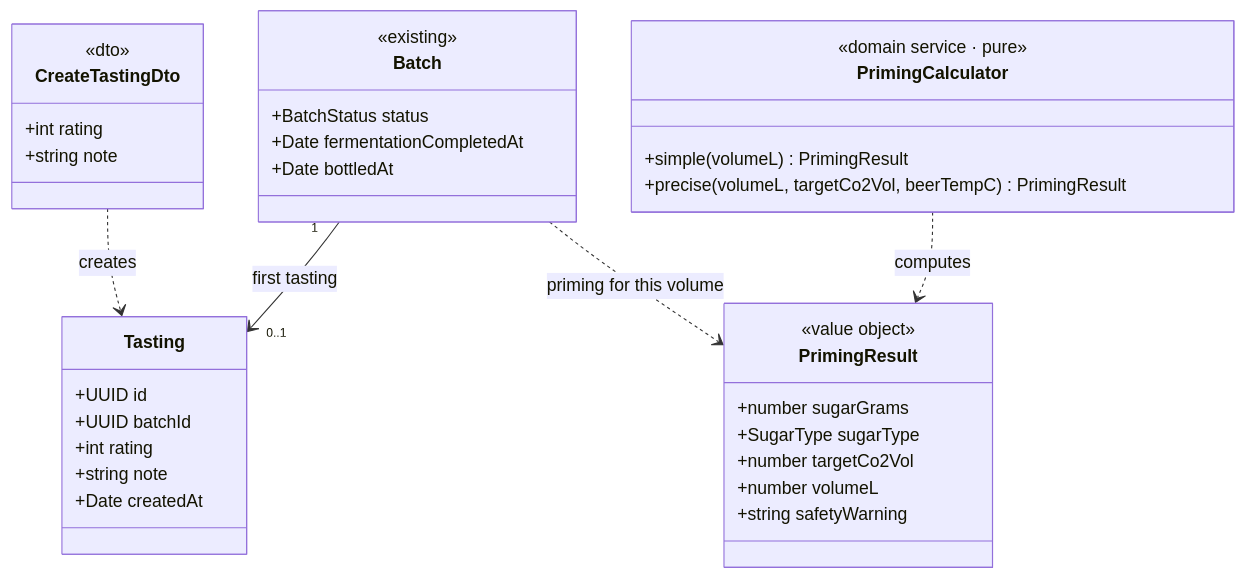
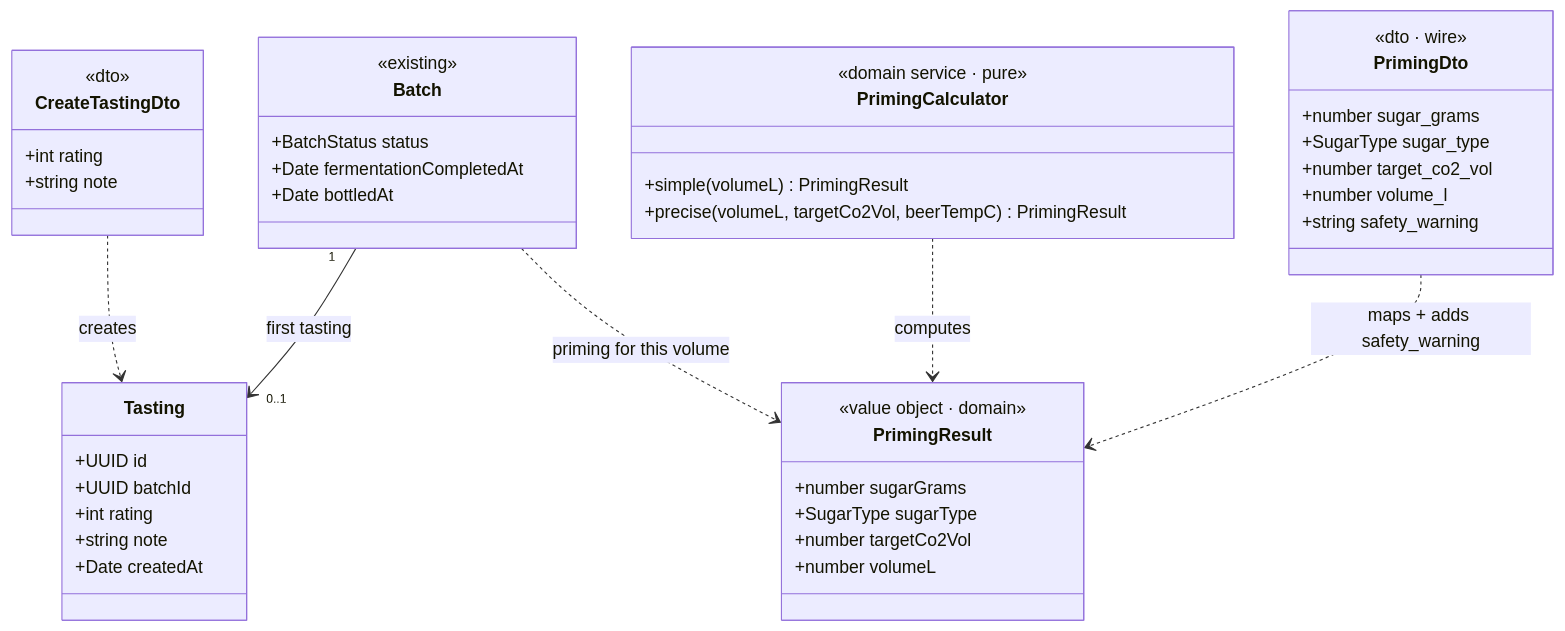
One commit to benoit-bremaud/brasse-bouillon changed the diagram in docs/architecture/diagrams/brew-day/04-class-tasting-and-priming.md. Above: the diagram before and after it, drawn with Mermaid. The commit also changed other lines of this file and 8 other files, not shown here.

````diff
--- a/docs/architecture/diagrams/brew-day/04-class-tasting-and-priming.md
+++ b/docs/architecture/diagrams/brew-day/04-class-tasting-and-priming.md
@@ -12,38 +12,46 @@
 ```mermaid
 classDiagram
   class Tasting {
     +UUID id
     +UUID batchId
     +int rating
     +string note
     +Date createdAt
   }
   class CreateTastingDto {
     <<dto>>
     +int rating
     +string note
   }
   class PrimingCalculator {
     <<domain service · pure>>
     +simple(volumeL) PrimingResult
     +precise(volumeL, targetCo2Vol, beerTempC) PrimingResult
   }
   class PrimingResult {
-    <<value object>>
+    <<value object · domain>>
     +number sugarGrams
     +SugarType sugarType
     +number targetCo2Vol
     +number volumeL
-    +string safetyWarning
+  }
+  class PrimingDto {
+    <<dto · wire>>
+    +number sugar_grams
+    +SugarType sugar_type
+    +number target_co2_vol
+    +number volume_l
+    +string safety_warning
   }
   class Batch {
     <<existing>>
     +BatchStatus status
     +Date fermentationCompletedAt
     +Date bottledAt
   }
   Batch "1" --> "0..1" Tasting : first tasting
   Batch ..> PrimingResult : priming for this volume
   PrimingCalculator ..> PrimingResult : computes
+  PrimingDto ..> PrimingResult : maps + adds safety_warning
   CreateTastingDto ..> Tasting : creates
 ```
````
